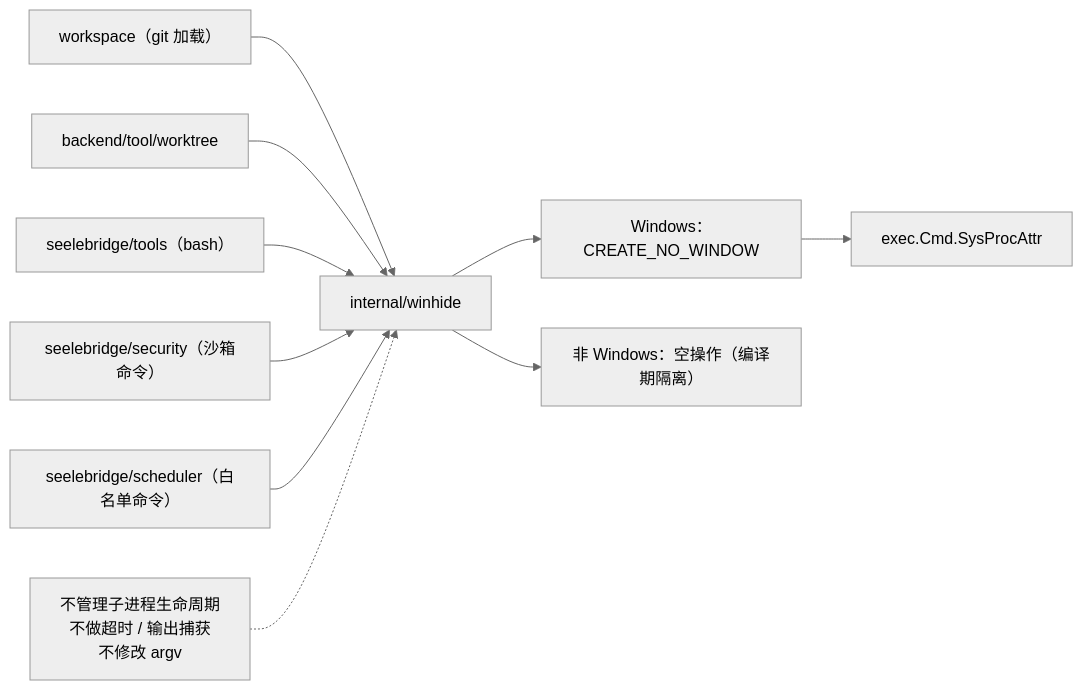
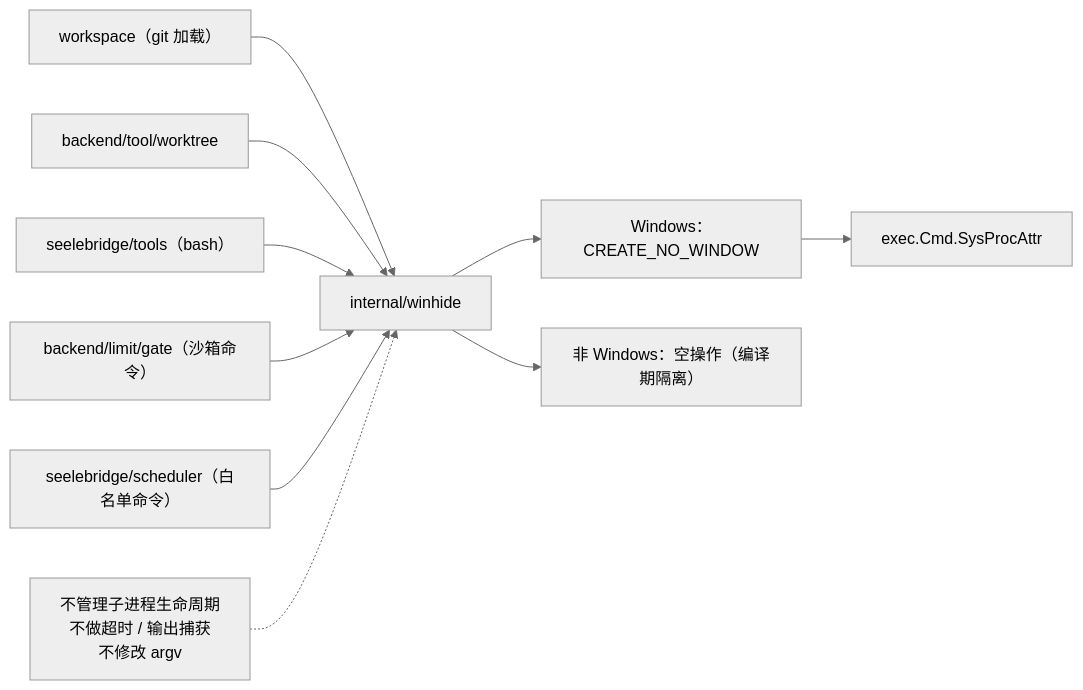
Before and after one commit to RedHuang-0622/seelex: the diagram in internal/winhide/README.md, drawn with Mermaid (neutral theme). The commit also changed other lines of this file and 33 other files, not shown here.

First line of the commit message:
refactor(arch): M4-B seelebridge/security 归位 backend/limit/gate（V9 前置已落地）

````diff
--- a/internal/winhide/README.md
+++ b/internal/winhide/README.md
@@ -14,12 +14,12 @@
 ```mermaid
 flowchart LR
     W["workspace（git 加载）"] --> H["internal/winhide"]
     WT["backend/tool/worktree"] --> H
     T["seelebridge/tools（bash）"] --> H
-    SEC["seelebridge/security（沙箱命令）"] --> H
+    SEC["backend/limit/gate（沙箱命令）"] --> H
     SCH["seelebridge/scheduler（白名单命令）"] --> H
     H --> WIN["Windows：CREATE_NO_WINDOW"]
     H --> OTHER["非 Windows：空操作（编译期隔离）"]
     WIN --> CMD["exec.Cmd.SysProcAttr"]
     NOTE["不管理子进程生命周期<br/>不做超时 / 输出捕获<br/>不修改 argv"] -.-> H
 ```
````
